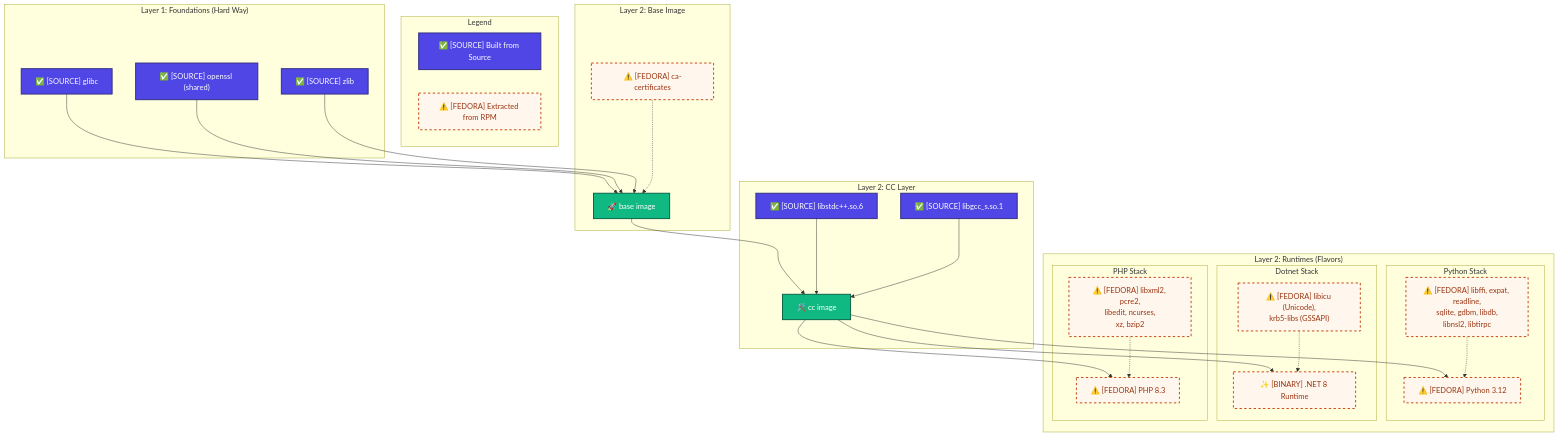
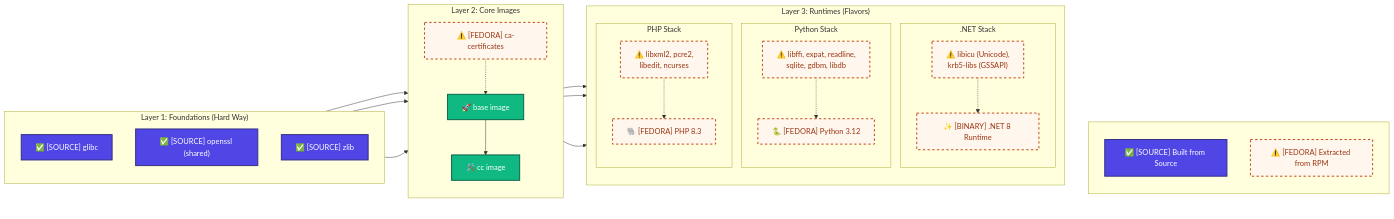
Before and after one commit to mbuccarello/distroless-the-hard-way: the diagram in docs/mermaid/lib-hierarchy.mmd, drawn with Mermaid. The commit also changed 1 other file, not shown here.

Commit message:
docs: optimize library hierarchy diagram layout (v74)

```diff
--- a/docs/mermaid/lib-hierarchy.mmd
+++ b/docs/mermaid/lib-hierarchy.mmd
@@ -1,58 +1,76 @@
-graph TD
-    %% Legend
-    subgraph Legend
+graph LR
+    %% Global Styles
+    classDef source fill:#4f46e5,stroke:#312e81,color:#fff,stroke-width:2px;
+    classDef fedora fill:#fff7ed,stroke:#c2410c,color:#9a3412,stroke-width:2px,stroke-dasharray: 5 5;
+    classDef image fill:#10b981,stroke:#065f46,color:#fff,stroke-width:2px;
+    classDef legend fill:#fff,stroke:#333;
+
+    %% Layout Structure
+    subgraph Legend ["&nbsp;"]
+        direction TB
         l1["✅ [SOURCE] Built from Source"]
         l2["⚠️ [FEDORA] Extracted from RPM"]
     end
-    classDef source fill:#4f46e5,stroke:#312e81,color:#fff,stroke-width:2px;
-    classDef fedora fill:#fff7ed,stroke:#c2410c,color:#9a3412,stroke-width:2px,stroke-dasharray: 5 5;
-    classDef image fill:#10b981,stroke:#065f46,color:#fff,stroke-width:2px;
+    class Legend legend;
     class l1 source;
     class l2 fedora;
 
-    subgraph "Layer 1: Foundations (Hard Way)"
+    %% Main Hierarchy
+    subgraph Foundations ["Layer 1: Foundations (Hard Way)"]
+        direction TB
         glibc["✅ [SOURCE] glibc"]
         openssl["✅ [SOURCE] openssl (shared)"]
         zlib["✅ [SOURCE] zlib"]
     end
 
-    subgraph "Layer 2: Base Image"
+    subgraph Base ["Layer 2: Core Images"]
+        direction TB
         base["🚀 base image"]
-        glibc --> base
-        openssl --> base
-        zlib --> base
-        cacert["⚠️ [FEDORA] ca-certificates"] -.-> base
+        cc["🛠️ cc image"]
+        cacert["⚠️ [FEDORA] ca-certificates"]
+        
+        base --> cc
+        cacert -.-> base
     end
 
-    subgraph "Layer 2: CC Layer"
-        cc["🛠️ cc image"]
-        base --> cc
-        libcpp["✅ [SOURCE] libstdc++.so.6"] --> cc
-        libgcc["✅ [SOURCE] libgcc_s.so.1"] --> cc
-    end
-
-    subgraph "Layer 2: Runtimes (Flavors)"
-        cc --> python
-        cc --> dotnet
-        cc --> php
-
-        subgraph "Python Stack"
-            python["⚠️ [FEDORA] Python 3.12"]
-            py_libs["⚠️ [FEDORA] libffi, expat, readline,<br/>sqlite, gdbm, libdb,<br/>libnsl2, libtirpc"] -.-> python
+    subgraph Runtimes ["Layer 3: Runtimes (Flavors)"]
+        direction TB
+        
+        subgraph Python ["Python Stack"]
+            python["🐍 [FEDORA] Python 3.12"]
+            py_libs["⚠️ libffi, expat, readline,<br/>sqlite, gdbm, libdb"]
+            py_libs -.-> python
         end
 
-        subgraph "Dotnet Stack"
+        subgraph Dotnet [".NET Stack"]
             dotnet["✨ [BINARY] .NET 8 Runtime"]
-            dotnet_libs["⚠️ [FEDORA] libicu (Unicode),<br/>krb5-libs (GSSAPI)"] -.-> dotnet
+            dotnet_libs["⚠️ libicu (Unicode),<br/>krb5-libs (GSSAPI)"]
+            dotnet_libs -.-> dotnet
         end
 
-        subgraph "PHP Stack"
-            php["⚠️ [FEDORA] PHP 8.3"]
-            php_libs["⚠️ [FEDORA] libxml2, pcre2,<br/>libedit, ncurses,<br/>xz, bzip2"] -.-> php
+        subgraph PHP ["PHP Stack"]
+            php["🐘 [FEDORA] PHP 8.3"]
+            php_libs["⚠️ libxml2, pcre2,<br/>libedit, ncurses"]
+            php_libs -.-> php
         end
     end
 
+    %% Connections
+    glibc --> base
+    openssl --> base
+    zlib --> base
+    
+    cc --> python
+    cc --> dotnet
+    cc --> php
+
     %% Applying Classes
-    class glibc,openssl,zlib,libcpp,libgcc source;
+    class glibc,openssl,zlib source;
+    class libcpp,libgcc source;
     class cacert,python,dotnet,php,py_libs,dotnet_libs,php_libs fedora;
     class base,cc image;
+
+    %% Invisible alignment to push legend to the right
+    Foundations ~~~ Legend
+    Base ~~~ Legend
+    Runtimes ~~~ Legend
```
